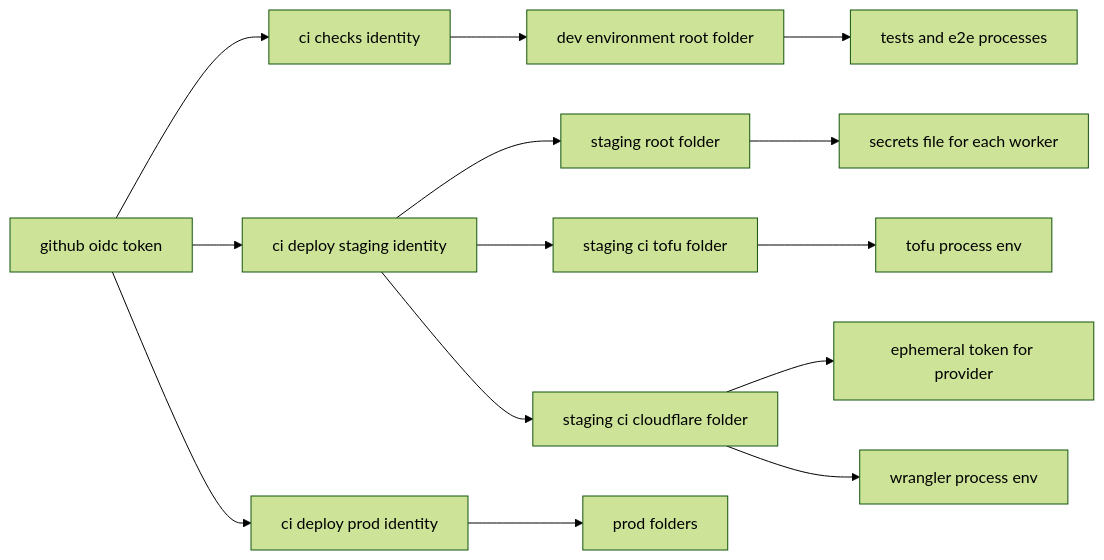
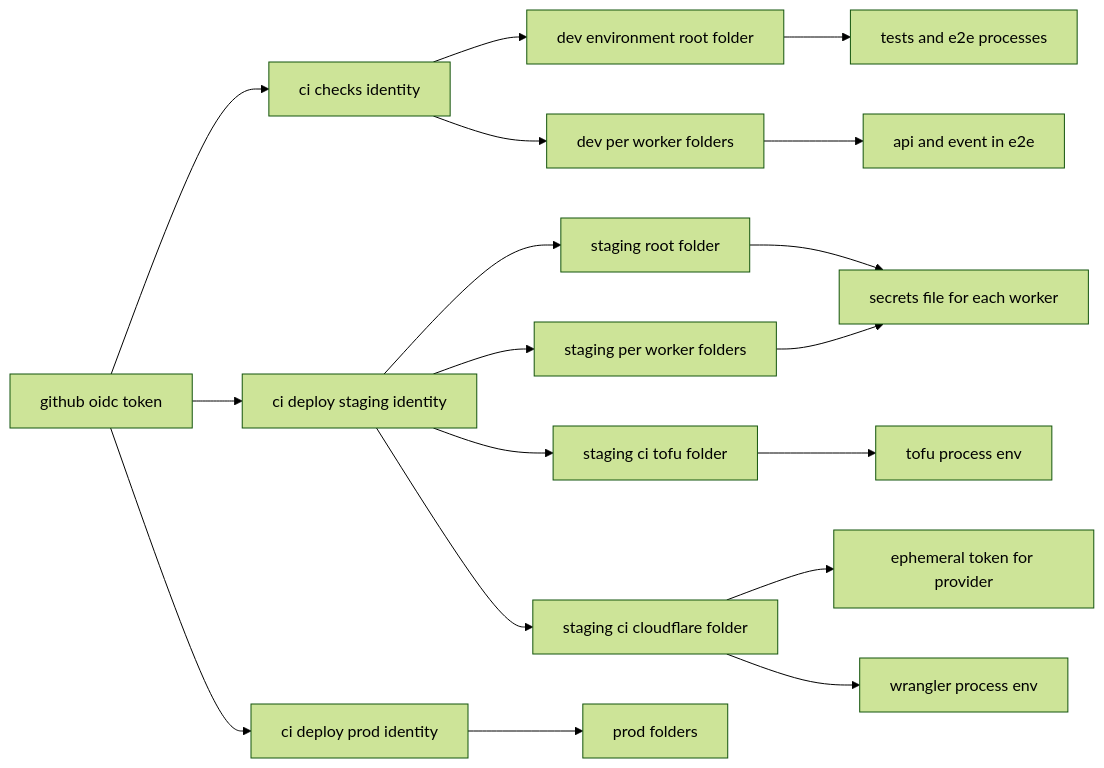
The fifth of 6 diagrams in .kiro/specs/infra-delivery/design.md (kurachiweb/genai-example-2-launch-platform), drawn with Mermaid (forest theme) before and after one commit. The commit also changed other lines of this file and 4 other files, not shown here.

````diff
--- a/.kiro/specs/infra-delivery/design.md
+++ b/.kiro/specs/infra-delivery/design.md
@@ -360,16 +363,20 @@
 ```mermaid
 graph LR
     OIDC[github oidc token] --> ChecksId[ci checks identity]
     OIDC --> StagingId[ci deploy staging identity]
     OIDC --> ProdId[ci deploy prod identity]
     ChecksId --> DevRoot[dev environment root folder]
     StagingId --> StgRoot[staging root folder]
     StagingId --> StgTofu[staging ci tofu folder]
     StagingId --> StgCf[staging ci cloudflare folder]
+    StagingId --> StgWorkers[staging per worker folders]
+    ChecksId --> DevWorkers[dev per worker folders]
     ProdId --> ProdFolders[prod folders]
     DevRoot --> TestRun[tests and e2e processes]
     StgTofu --> TofuEnv[tofu process env]
     StgCf --> Ephemeral[ephemeral token for provider]
     StgCf --> WranglerEnv[wrangler process env]
     StgRoot --> WorkerSecrets[secrets file for each worker]
+    StgWorkers --> WorkerSecrets
+    DevWorkers --> E2eWorkers[api and event in e2e]
 ```
````
